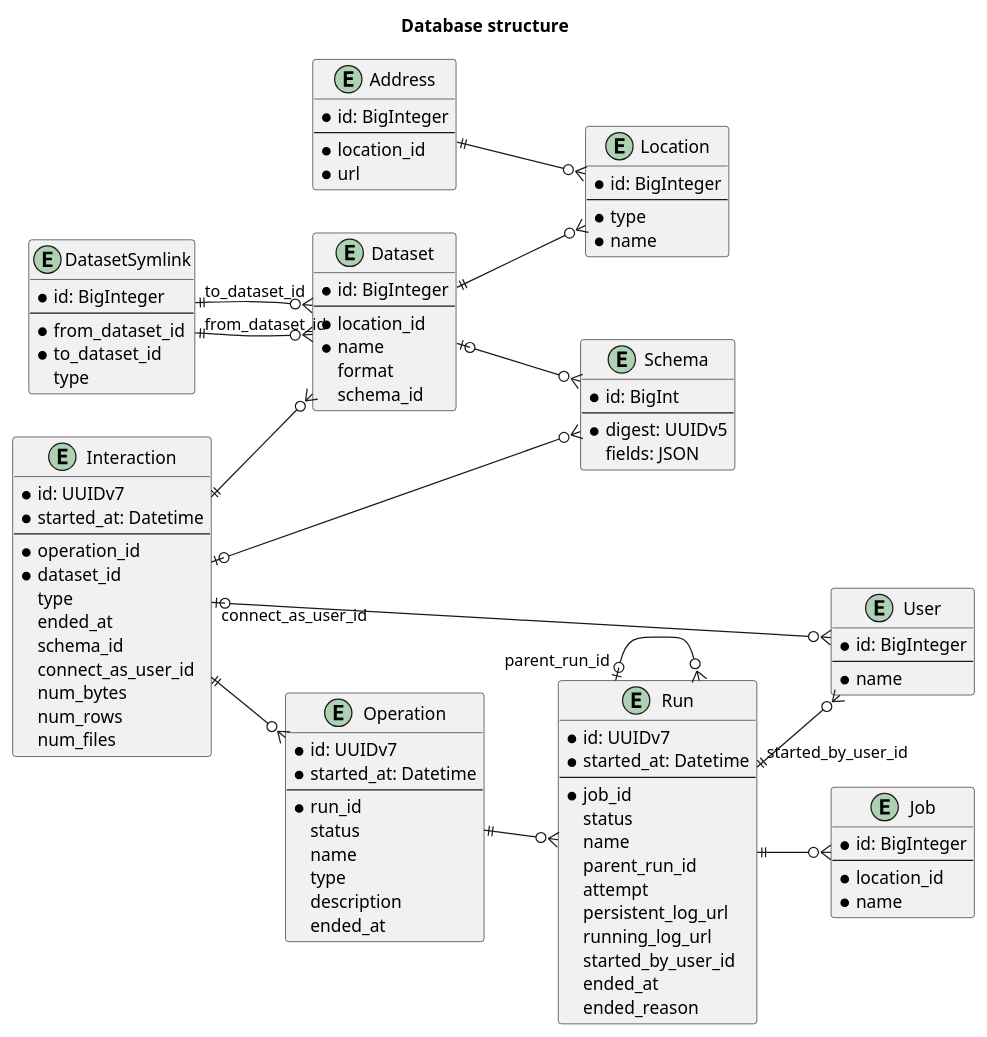
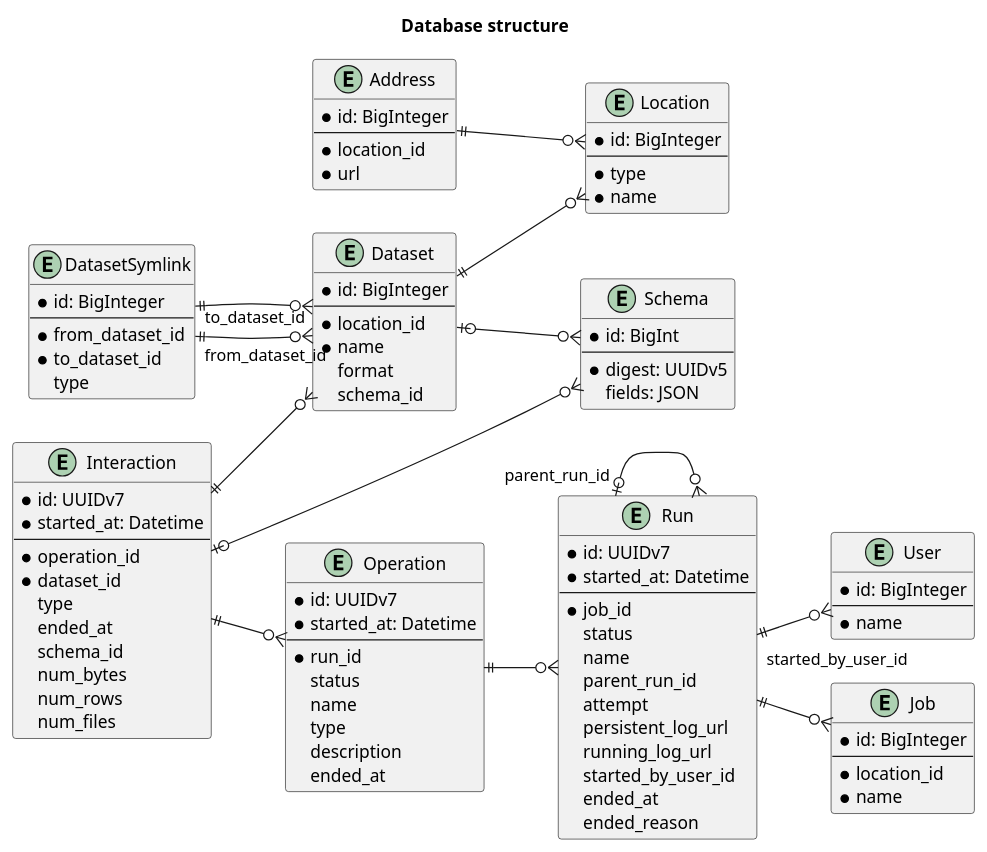
Before and after one commit to MobileTeleSystems/data-rentgen: the diagram in data_rentgen/db/models/README.rst, drawn with PlantUML. The commit also changed 14 other files, not shown here.

```diff
--- a/data_rentgen/db/models/README.rst
+++ b/data_rentgen/db/models/README.rst
@@ -98,7 +98,6 @@
         type
         ended_at
         schema_id
-        connect_as_user_id
         num_bytes
         num_rows
         num_files
@@ -121,6 +120,5 @@
     Interaction ||--o{ Operation
     Interaction ||--o{ Dataset
     Interaction |o--o{ Schema
-    Interaction "connect_as_user_id" |o--o{ User
 
     @enduml
```
